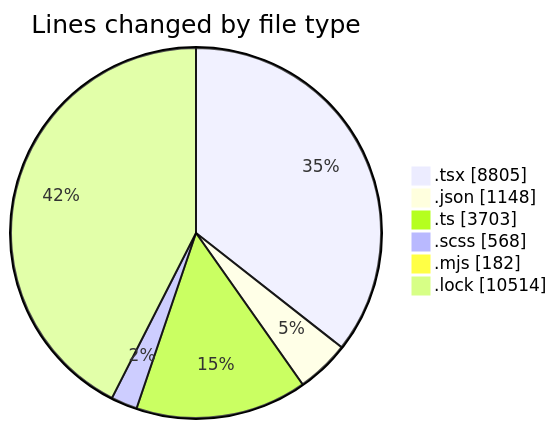
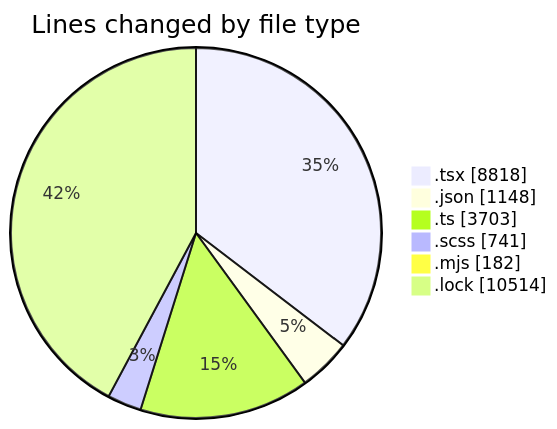
One commit to momahboobian/code-tracking changed the first of 2 diagrams in 2026-05-12/cda/README.md. Above: the diagram before and after it, drawn with Mermaid. The commit also changed other lines of this file and 1 other file, not shown here.

````diff
--- a/2026-05-12/cda/README.md
+++ b/2026-05-12/cda/README.md
@@ -52,10 +52,10 @@
 ```mermaid
 pie showData
 title Lines changed by file type
-".tsx" : 8805
+".tsx" : 8818
 ".json" : 1148
 ".ts" : 3703
-".scss" : 568
+".scss" : 741
 ".mjs" : 182
 ".lock" : 10514
 ```
````
